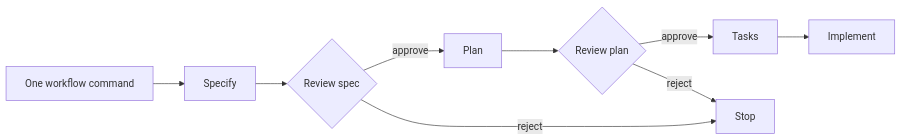
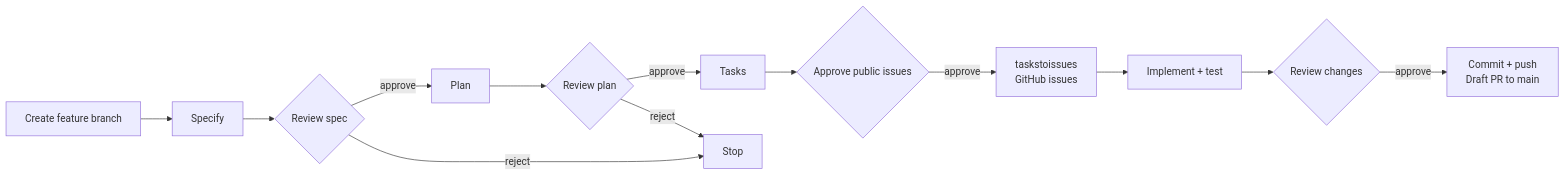
The fourth of 7 diagrams in README.md (hkaanturgut/spec-kit-fleetwise), drawn with Mermaid before and after one commit. The commit also changed other lines of this file and 8 other files, not shown here.

Commit message:
feat: deliver workflow tasks as issues and PR

````diff
--- a/README.md
+++ b/README.md
@@ -519,11 +520,15 @@
 ```mermaid
 flowchart LR
-    START["One workflow command"] --> S["Specify"]
+    START["Create feature branch"] --> S["Specify"]
     S --> RS{"Review spec"}
     RS -- approve --> P["Plan"]
     P --> RP{"Review plan"}
     RP -- approve --> T["Tasks"]
-    T --> I["Implement"]
+    T --> RI{"Approve public issues"}
+    RI -- approve --> ISS["taskstoissues<br/>GitHub issues"]
+    ISS --> I["Implement + test"]
+    I --> RC{"Review changes"}
+    RC -- approve --> PR["Commit + push<br/>Draft PR to main"]
     RS -- reject --> STOP["Stop"]
     RP -- reject --> STOP
 ```
````
